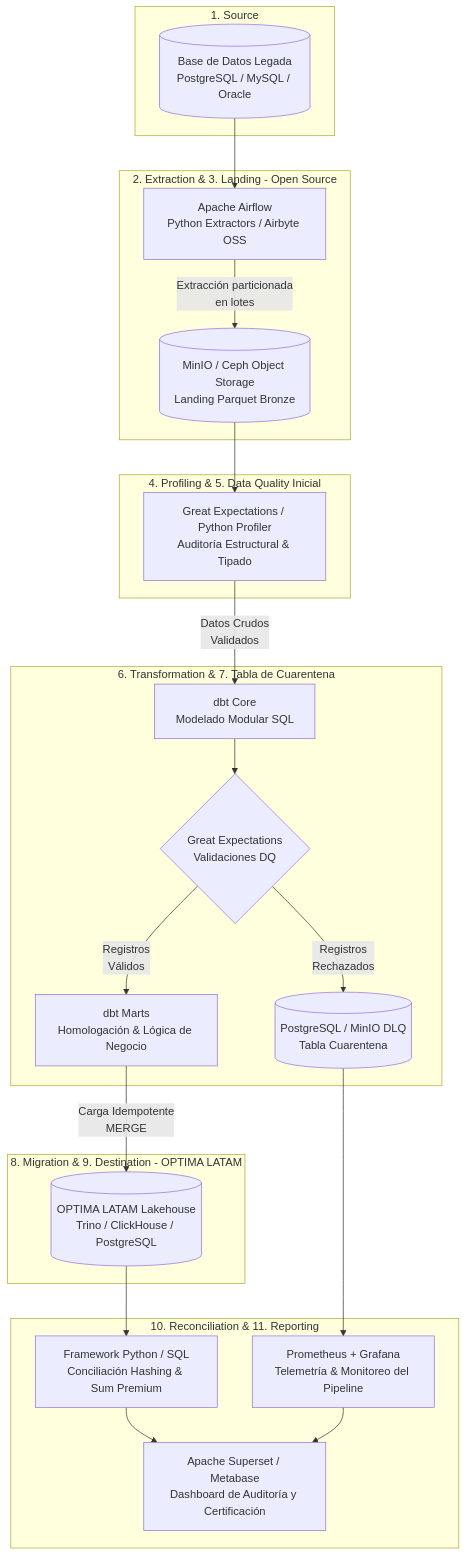
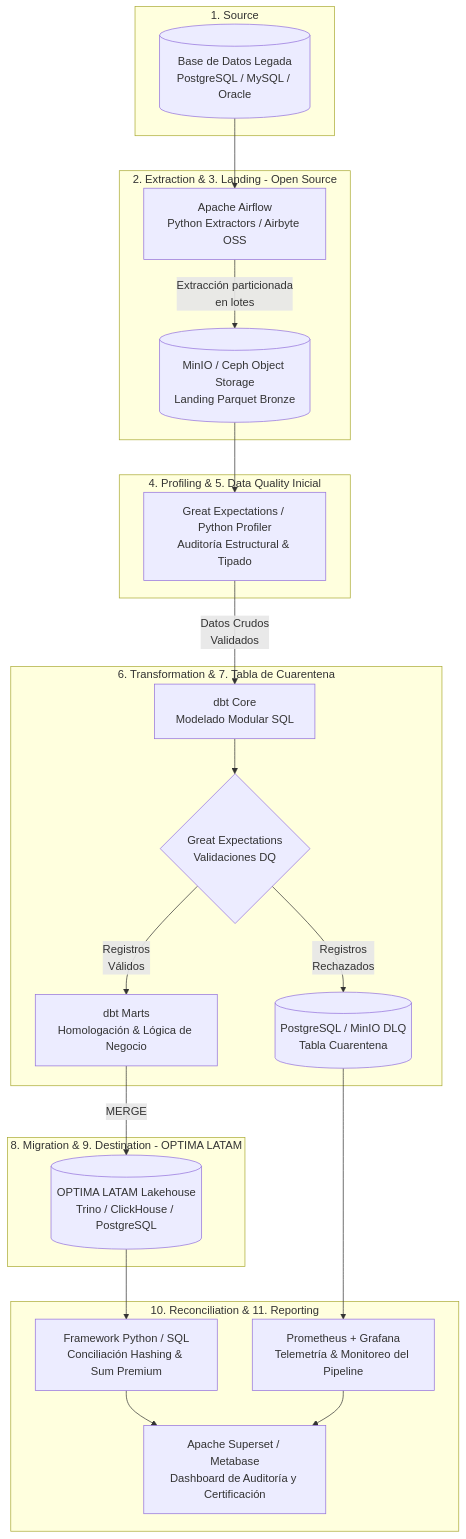
Before and after one commit to lfardilaji/gallagher-migration-test: the second of 2 diagrams in README.md, drawn with Mermaid.

Commit message:
Update migration diagram in README

````diff
--- a/README.md
+++ b/README.md
@@ -119,45 +119,45 @@
 ```mermaid
 flowchart TD
     subgraph S1 [1. Source]
         A[(Base de Datos Legada<br/>PostgreSQL / MySQL / Oracle)]
     end
 
     subgraph S2 [2. Extraction & 3. Landing - Open Source]
         B[Apache Airflow<br/>Python Extractors / Airbyte OSS]
         C[(MinIO / Ceph Object Storage<br/>Landing Parquet Bronze)]
         B -->|Extracción particionada<br/>en lotes| C
     end
 
     subgraph S3 [4. Profiling & 5. Data Quality Inicial]
         D[Great Expectations / Python Profiler<br/>Auditoría Estructural & Tipado]
         C --> D
     end
 
     subgraph S4 [6. Transformation & 7. Tabla de Cuarentena]
         E[dbt Core<br/>Modelado Modular SQL]
         F{Great Expectations<br/>Validaciones DQ}
         G[(PostgreSQL / MinIO DLQ<br/>Tabla Cuarentena)]
         H[dbt Marts<br/>Homologación & Lógica de Negocio]
         D -->|Datos Crudos<br/>Validados| E
         E --> F
         F -->|Registros<br/>Rechazados| G
         F -->|Registros<br/>Válidos| H
     end
 
     subgraph S5 [8. Migration & 9. Destination - OPTIMA LATAM]
         I[(OPTIMA LATAM Lakehouse<br/>Trino / ClickHouse / PostgreSQL)]
-        H -->|Carga Idempotente<br/>MERGE| I
+        H -->|MERGE| I
     end
 
     subgraph S6 [10. Reconciliation & 11. Reporting]
         J[Framework Python / SQL<br/>Conciliación Hashing & Sum Premium]
         K[Apache Superset / Metabase<br/>Dashboard de Auditoría y Certificación]
         L[Prometheus + Grafana<br/>Telemetría & Monitoreo del Pipeline]
         I --> J
         G --> L
         J --> K
         L --> K
     end
 
     A --> B
 ```
````
